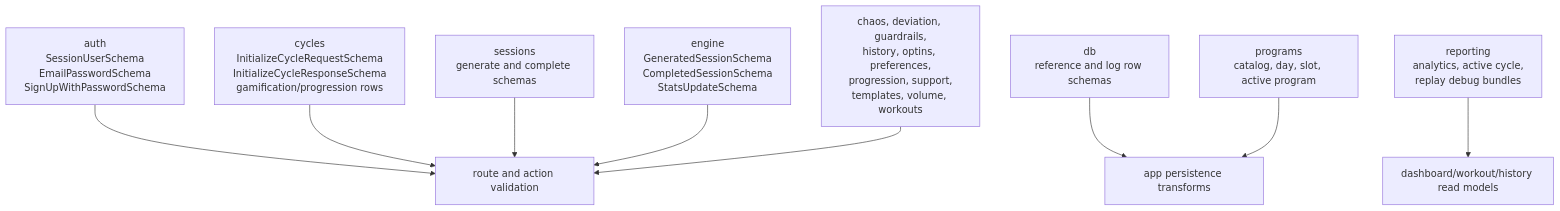
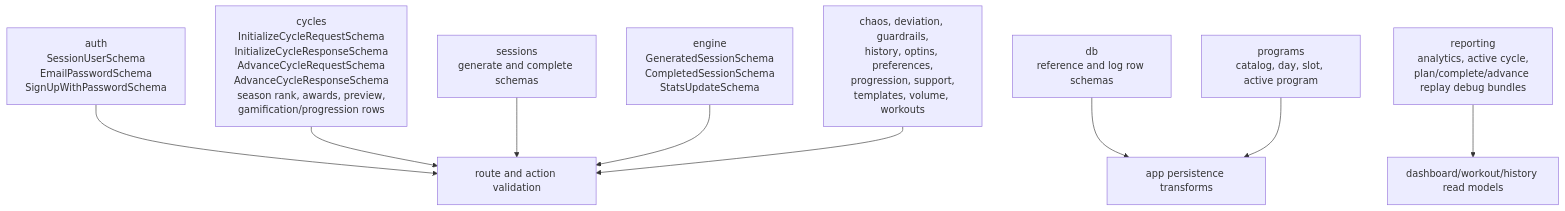
One commit to manjuyod/adaptabuddy_v2 changed the fifth of 7 diagrams in docs/mermaid/function-inventory.md. Above: the diagram before and after it, drawn with Mermaid. The commit also changed other lines of this file and 6 other files, not shown here.

Commit message:
mermaid update

````diff
--- a/docs/mermaid/function-inventory.md
+++ b/docs/mermaid/function-inventory.md
@@ -228,20 +235,20 @@
 ```mermaid
 flowchart TB
   AuthContracts["auth<br/>SessionUserSchema<br/>EmailPasswordSchema<br/>SignUpWithPasswordSchema"]
-  CyclesContracts["cycles<br/>InitializeCycleRequestSchema<br/>InitializeCycleResponseSchema<br/>gamification/progression rows"]
+  CyclesContracts["cycles<br/>InitializeCycleRequestSchema<br/>InitializeCycleResponseSchema<br/>AdvanceCycleRequestSchema<br/>AdvanceCycleResponseSchema<br/>season rank, awards, preview,<br/>gamification/progression rows"]
   SessionsContracts["sessions<br/>generate and complete schemas"]
   EngineContracts["engine<br/>GeneratedSessionSchema<br/>CompletedSessionSchema<br/>StatsUpdateSchema"]
   DbContracts["db<br/>reference and log row schemas"]
   ProgramsContracts["programs<br/>catalog, day, slot, active program"]
-  ReportingContracts["reporting<br/>analytics, active cycle,<br/>replay debug bundles"]
+  ReportingContracts["reporting<br/>analytics, active cycle,<br/>plan/complete/advance replay debug bundles"]
   FeatureContracts["chaos, deviation, guardrails,<br/>history, optins, preferences,<br/>progression, support,<br/>templates, volume, workouts"]
 
   AuthContracts --> RouteValidation["route and action validation"]
   CyclesContracts --> RouteValidation
   SessionsContracts --> RouteValidation
   EngineContracts --> RouteValidation
   DbContracts --> AppPersistence["app persistence transforms"]
   ProgramsContracts --> AppPersistence
   ReportingContracts --> ReadModels["dashboard/workout/history read models"]
   FeatureContracts --> RouteValidation
 ```
````
